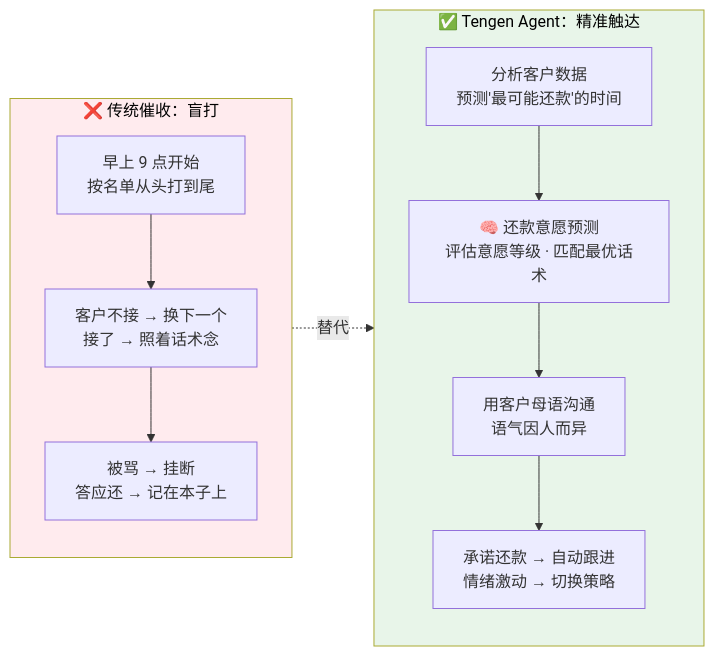
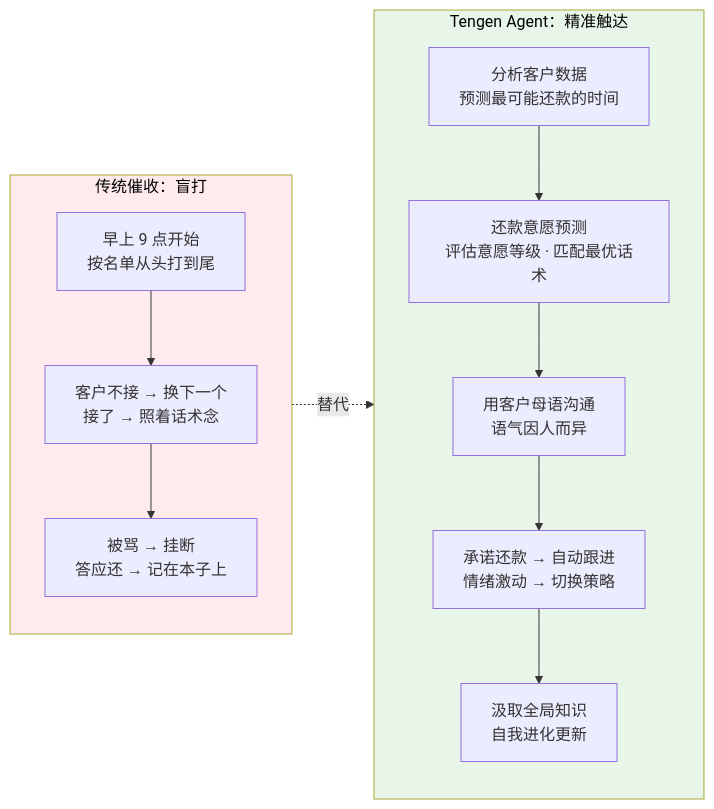
The sixth of 11 diagrams in docs/VC_TENGEN_AI.md (CodePothunter/lingque), drawn with Mermaid before and after one commit. The commit also changed other lines of this file, not shown here.

First line of the commit message:
📝【文档】：修复 VC 材料中两处 Mermaid 图表问题

````diff
--- a/docs/VC_TENGEN_AI.md
+++ b/docs/VC_TENGEN_AI.md
@@ -351,24 +351,25 @@
 ```mermaid
 flowchart LR
-    subgraph BEFORE["❌ 传统催收：盲打"]
+    subgraph BEFORE["传统催收：盲打"]
         direction TB
         B1["早上 9 点开始<br/>按名单从头打到尾"]
         B2["客户不接 → 换下一个<br/>接了 → 照着话术念"]
         B3["被骂 → 挂断<br/>答应还 → 记在本子上"]
         B1 --> B2 --> B3
     end
 
-    subgraph AFTER["✅ Tengen Agent：精准触达"]
+    subgraph AFTER["Tengen Agent：精准触达"]
         direction TB
-        A1["分析客户数据<br/>预测'最可能还款'的时间"]
-        A1b["🧠 还款意愿预测<br/>评估意愿等级 · 匹配最优话术"]
+        A1["分析客户数据<br/>预测最可能还款的时间"]
+        A1b["还款意愿预测<br/>评估意愿等级 · 匹配最优话术"]
         A2["用客户母语沟通<br/>语气因人而异"]
         A3["承诺还款 → 自动跟进<br/>情绪激动 → 切换策略"]
-        A1 --> A1b --> A2 --> A3
+        A4["汲取全局知识<br/>自我进化更新"]
+        A1 --> A1b --> A2 --> A3 --> A4
     end
 
     BEFORE -.->|"替代"| AFTER
 
     style BEFORE fill:#FFEBEE,color:#000
     style AFTER fill:#E8F5E9,color:#000
 ```
````
